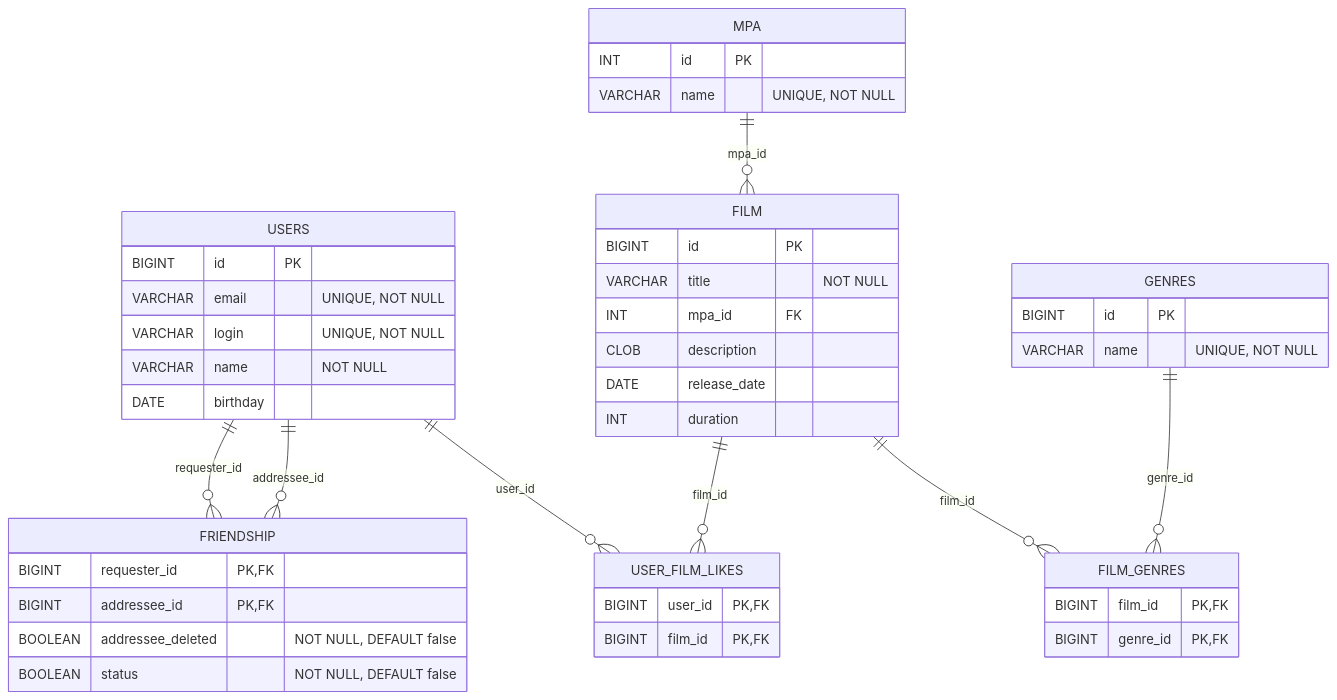
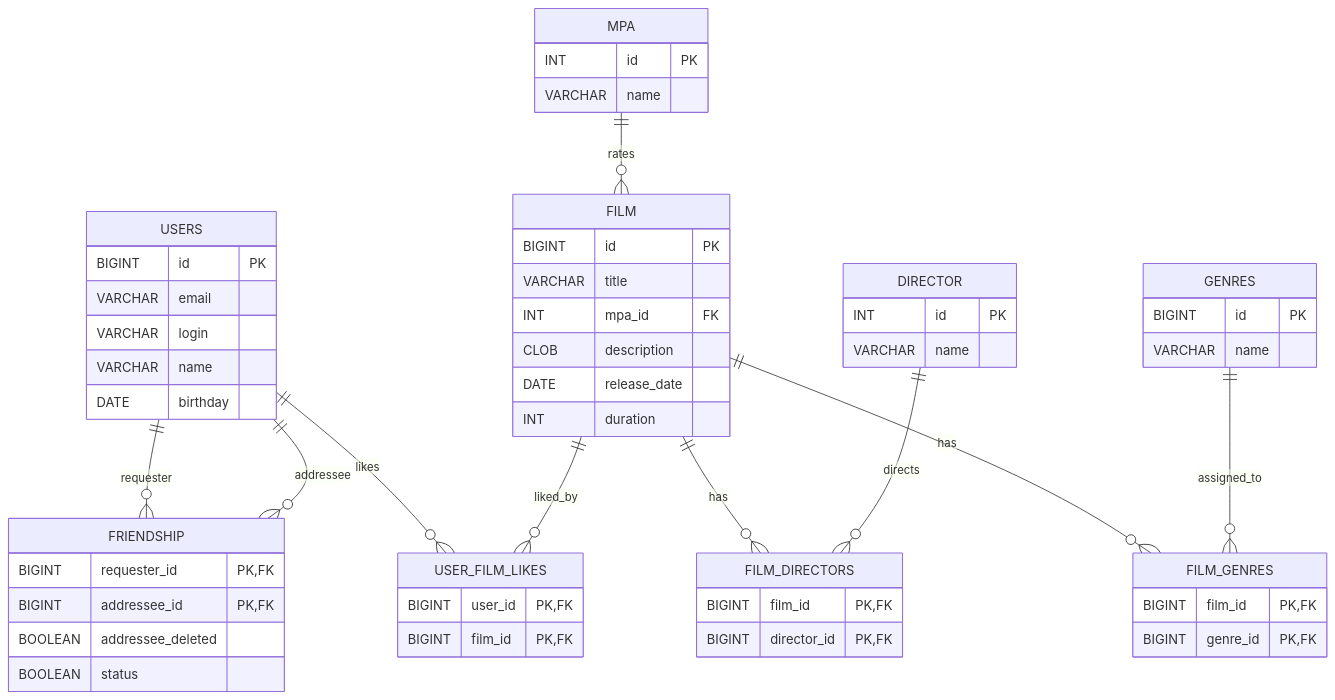
The diagram in README.md (y4kimenko/java-filmorate), drawn with Mermaid before and after one commit. The commit also changed 111 other files, not shown here.

````diff
--- a/README.md
+++ b/README.md
@@ -2,57 +2,70 @@
 ```mermaid
 erDiagram
-  USERS {
-    BIGINT id PK
-    VARCHAR email "UNIQUE, NOT NULL"
-    VARCHAR login "UNIQUE, NOT NULL"
-    VARCHAR name "NOT NULL"
-    DATE birthday
-  }
+    USERS {
+        BIGINT id PK
+        VARCHAR email
+        VARCHAR login
+        VARCHAR name
+        DATE birthday
+    }
 
-  FRIENDSHIP {
-    BIGINT requester_id PK, FK
-    BIGINT addressee_id PK, FK
-    BOOLEAN addressee_deleted "NOT NULL, DEFAULT false"
-    BOOLEAN status "NOT NULL, DEFAULT false"
-  }
+    FRIENDSHIP {
+        BIGINT requester_id PK, FK
+        BIGINT addressee_id PK, FK
+        BOOLEAN addressee_deleted
+        BOOLEAN status
+    }
 
-  GENRES {
-    BIGINT id PK
-    VARCHAR name "UNIQUE, NOT NULL"
-  }
+    GENRES {
+        BIGINT id PK
+        VARCHAR name
+    }
 
-  MPA {
-    INT id PK
-    VARCHAR name "UNIQUE, NOT NULL"
-  }
+    MPA {
+        INT id PK
+        VARCHAR name
+    }
 
-  FILM {
-    BIGINT id PK
-    VARCHAR title "NOT NULL"
-    INT mpa_id FK
-    CLOB description
-    DATE release_date
-    INT duration
-  }
+    DIRECTOR {
+        INT id PK
+        VARCHAR name
+    }
 
-  USER_FILM_LIKES {
-    BIGINT user_id PK, FK
-    BIGINT film_id PK, FK
-  }
+    FILM {
+        BIGINT id PK
+        VARCHAR title
+        INT mpa_id FK
+        CLOB description
+        DATE release_date
+        INT duration
+    }
 
-  FILM_GENRES {
-    BIGINT film_id PK, FK
-    BIGINT genre_id PK, FK
-  }
+    USER_FILM_LIKES {
+        BIGINT user_id PK, FK
+        BIGINT film_id PK, FK
+    }
 
-  USERS ||--o{ FRIENDSHIP : "requester_id"
-  USERS ||--o{ FRIENDSHIP : "addressee_id"
+    FILM_GENRES {
+        BIGINT film_id PK, FK
+        BIGINT genre_id PK, FK
+    }
 
-  MPA ||--o{ FILM : "mpa_id"
+    FILM_DIRECTORS {
+        BIGINT film_id PK, FK
+        BIGINT director_id PK, FK
+    }
 
-  USERS ||--o{ USER_FILM_LIKES : "user_id"
-  FILM  ||--o{ USER_FILM_LIKES : "film_id"
+    USERS ||--o{ FRIENDSHIP : requester
+    USERS ||--o{ FRIENDSHIP : addressee
 
-  FILM   ||--o{ FILM_GENRES : "film_id"
-  GENRES ||--o{ FILM_GENRES : "genre_id"
+    MPA ||--o{ FILM : rates
+
+    USERS ||--o{ USER_FILM_LIKES : likes
+    FILM ||--o{ USER_FILM_LIKES : liked_by
+
+    FILM ||--o{ FILM_GENRES : has
+    GENRES ||--o{ FILM_GENRES : assigned_to
+
+    FILM ||--o{ FILM_DIRECTORS : has
+    DIRECTOR ||--o{ FILM_DIRECTORS : directs
 ```
````
